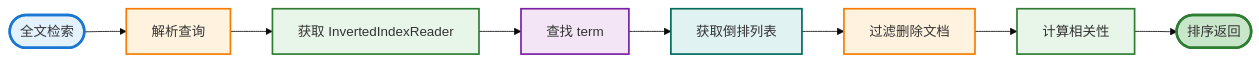
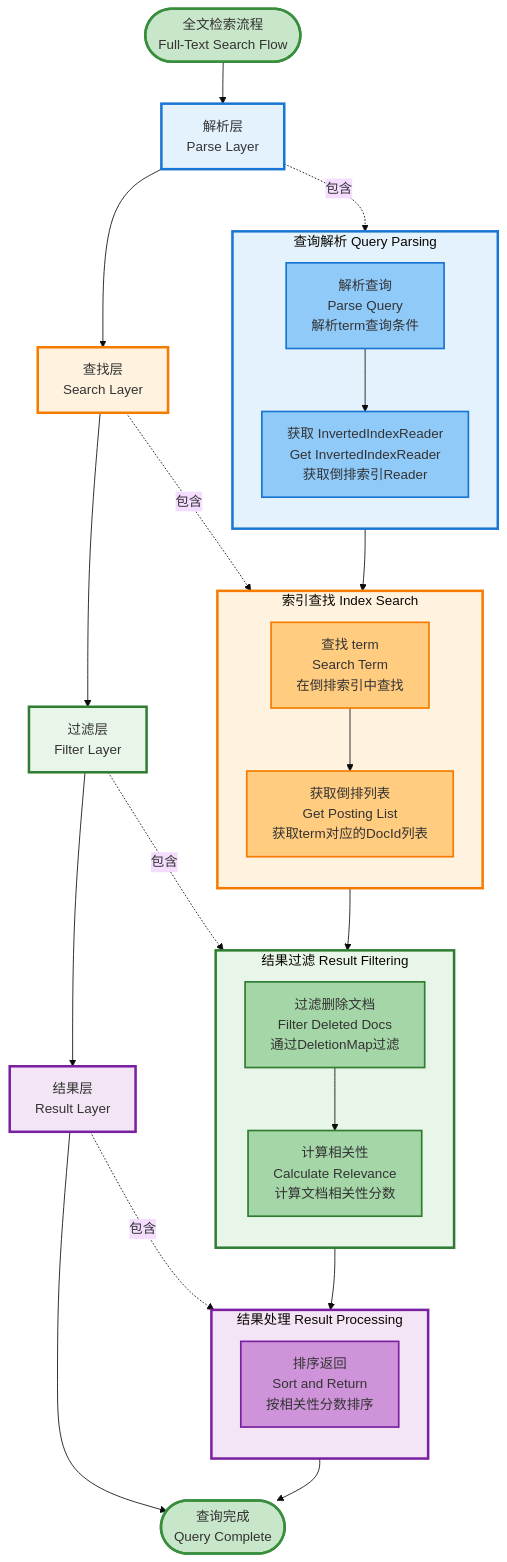
One commit to zhouzhilong-commits/zhouzhilong-commits.github.io changed diagram 24 of 25 in _posts/2025-06-11-indexlib-4-query-flow.md. Above: the diagram before and after it, drawn with Mermaid (base theme). The commit also changed other lines of this file and 19 other files, not shown here.

````diff
--- a/_posts/2025-06-11-indexlib-4-query-flow.md
+++ b/_posts/2025-06-11-indexlib-4-query-flow.md
@@ -1879,20 +1937,66 @@
 ```mermaid
-flowchart LR
-    Start([全文检索]) --> S1[解析查询]
+flowchart TB
+    Start([全文检索流程<br/>Full-Text Search Flow]) --> ParseLayer[解析层<br/>Parse Layer]
     
-    S1 --> S2[获取 InvertedIndexReader]
-    S2 --> S3[查找 term]
-    S3 --> S4[获取倒排列表]
-    S4 --> S5[过滤删除文档]
-    S5 --> S6[计算相关性]
-    S6 --> End([排序返回])
+    subgraph ParseGroup["查询解析 Query Parsing"]
+        direction TB
+        P1[解析查询<br/>Parse Query<br/>解析term查询条件]
+        P2[获取 InvertedIndexReader<br/>Get InvertedIndexReader<br/>获取倒排索引Reader]
+    end
     
-    style Start fill:#e3f2fd,stroke:#1976d2,stroke-width:3px
-    style S1 fill:#fff3e0,stroke:#f57c00,stroke-width:2px
-    style S2 fill:#e8f5e9,stroke:#2e7d32,stroke-width:2px
-    style S3 fill:#f3e5f5,stroke:#7b1fa2,stroke-width:2px
-    style S4 fill:#e0f2f1,stroke:#00695c,stroke-width:2px
-    style S5 fill:#fff3e0,stroke:#f57c00,stroke-width:2px
-    style S6 fill:#e8f5e9,stroke:#2e7d32,stroke-width:2px
-    style End fill:#c8e6c9,stroke:#2e7d32,stroke-width:3px
+    ParseLayer --> SearchLayer[查找层<br/>Search Layer]
+    
+    subgraph SearchGroup["索引查找 Index Search"]
+        direction TB
+        S1[查找 term<br/>Search Term<br/>在倒排索引中查找]
+        S2[获取倒排列表<br/>Get Posting List<br/>获取term对应的DocId列表]
+    end
+    
+    SearchLayer --> FilterLayer[过滤层<br/>Filter Layer]
+    
+    subgraph FilterGroup["结果过滤 Result Filtering"]
+        direction TB
+        F1[过滤删除文档<br/>Filter Deleted Docs<br/>通过DeletionMap过滤]
+        F2[计算相关性<br/>Calculate Relevance<br/>计算文档相关性分数]
+    end
+    
+    FilterLayer --> ResultLayer[结果层<br/>Result Layer]
+    
+    subgraph ResultGroup["结果处理 Result Processing"]
+        direction TB
+        R1[排序返回<br/>Sort and Return<br/>按相关性分数排序]
+    end
+    
+    ResultLayer --> End([查询完成<br/>Query Complete])
+    
+    ParseLayer -.->|包含| ParseGroup
+    SearchLayer -.->|包含| SearchGroup
+    FilterLayer -.->|包含| FilterGroup
+    ResultLayer -.->|包含| ResultGroup
+    
+    P1 --> P2
+    P2 --> S1
+    S1 --> S2
+    S2 --> F1
+    F1 --> F2
+    F2 --> R1
+    R1 --> End
+    
+    style Start fill:#c8e6c9,stroke:#388e3c,stroke-width:3px
+    style End fill:#c8e6c9,stroke:#388e3c,stroke-width:3px
+    style ParseLayer fill:#e3f2fd,stroke:#1976d2,stroke-width:3px
+    style SearchLayer fill:#fff3e0,stroke:#f57c00,stroke-width:3px
+    style FilterLayer fill:#e8f5e9,stroke:#2e7d32,stroke-width:3px
+    style ResultLayer fill:#f3e5f5,stroke:#7b1fa2,stroke-width:3px
+    style ParseGroup fill:#e3f2fd,stroke:#1976d2,stroke-width:3px
+    style P1 fill:#90caf9,stroke:#1976d2,stroke-width:2px
+    style P2 fill:#90caf9,stroke:#1976d2,stroke-width:2px
+    style SearchGroup fill:#fff3e0,stroke:#f57c00,stroke-width:3px
+    style S1 fill:#ffcc80,stroke:#f57c00,stroke-width:2px
+    style S2 fill:#ffcc80,stroke:#f57c00,stroke-width:2px
+    style FilterGroup fill:#e8f5e9,stroke:#2e7d32,stroke-width:3px
+    style F1 fill:#a5d6a7,stroke:#2e7d32,stroke-width:2px
+    style F2 fill:#a5d6a7,stroke:#2e7d32,stroke-width:2px
+    style ResultGroup fill:#f3e5f5,stroke:#7b1fa2,stroke-width:3px
+    style R1 fill:#ce93d8,stroke:#7b1fa2,stroke-width:2px
 ```
````
